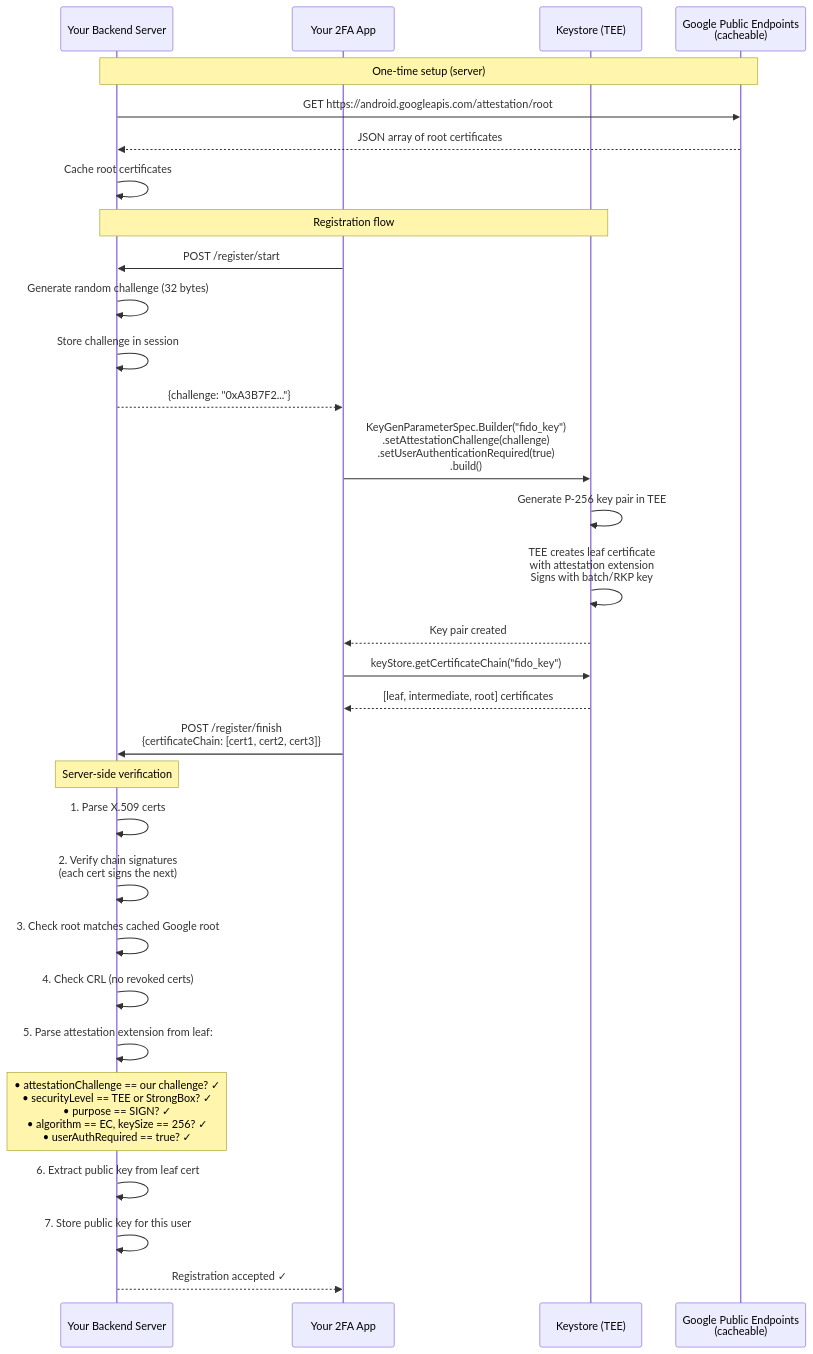
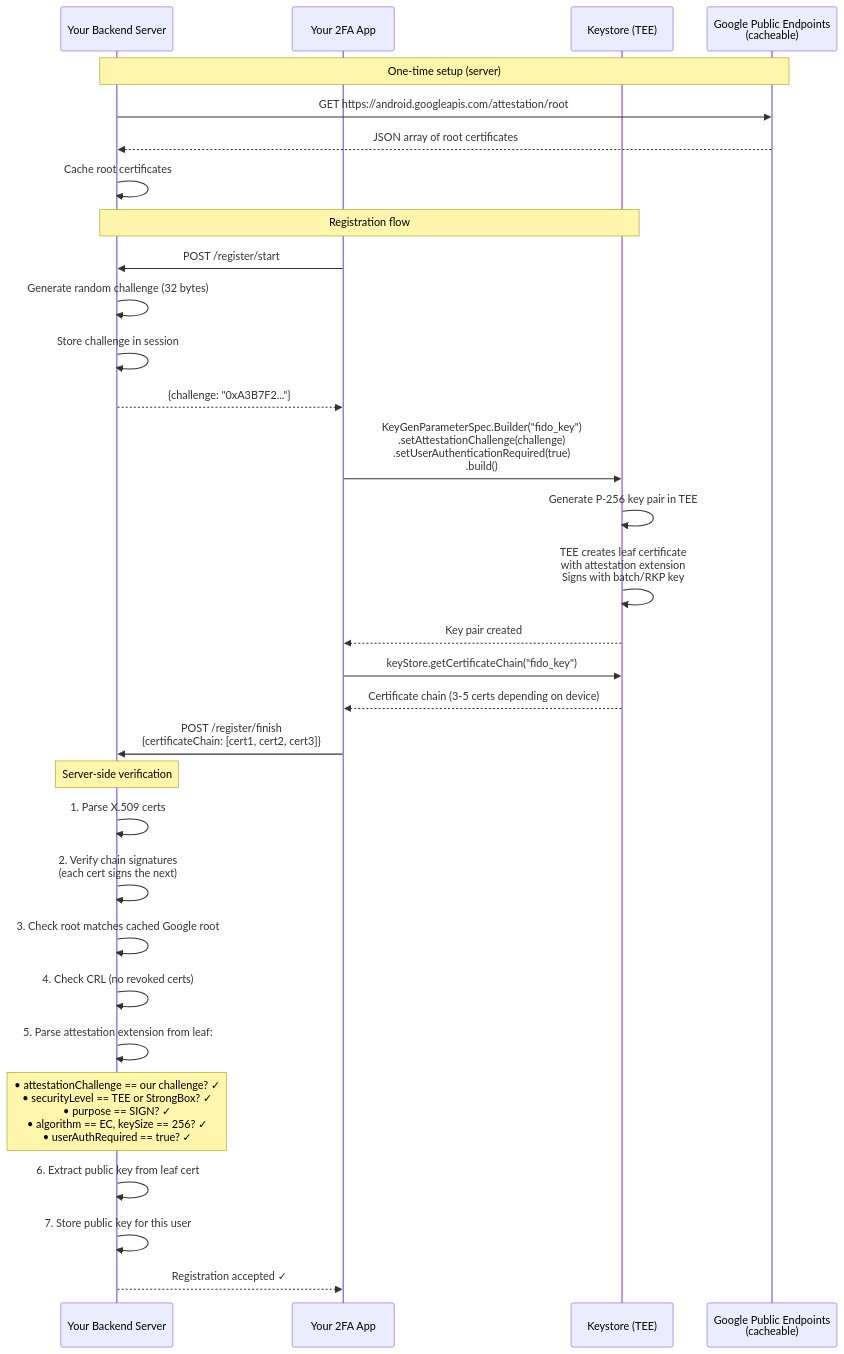
One commit to TorinKS/android-keystore changed the sixth of 7 diagrams in docs/KEY_ATTESTATION_CHAIN_AND_BACKENDS.md. Above: the diagram before and after it, drawn with Mermaid. The commit also changed other lines of this file and 6 other files, not shown here.

````diff
--- a/docs/KEY_ATTESTATION_CHAIN_AND_BACKENDS.md
+++ b/docs/KEY_ATTESTATION_CHAIN_AND_BACKENDS.md
@@ -213,42 +218,42 @@
 ```mermaid
 sequenceDiagram
     participant Server as Your Backend Server
     participant App as Your 2FA App
     participant KS as Keystore (TEE)
     participant Google as Google Public Endpoints<br/>(cacheable)
 
     Note over Server,Google: One-time setup (server)
     Server->>Google: GET https://android.googleapis.com/attestation/root
     Google-->>Server: JSON array of root certificates
     Server->>Server: Cache root certificates
 
     Note over Server,KS: Registration flow
 
     App->>Server: POST /register/start
     Server->>Server: Generate random challenge (32 bytes)
     Server->>Server: Store challenge in session
     Server-->>App: {challenge: "0xA3B7F2..."}
 
     App->>KS: KeyGenParameterSpec.Builder("fido_key")<br/>.setAttestationChallenge(challenge)<br/>.setUserAuthenticationRequired(true)<br/>.build()
     KS->>KS: Generate P-256 key pair in TEE
     KS->>KS: TEE creates leaf certificate<br/>with attestation extension<br/>Signs with batch/RKP key
     KS-->>App: Key pair created
 
     App->>KS: keyStore.getCertificateChain("fido_key")
-    KS-->>App: [leaf, intermediate, root] certificates
+    KS-->>App: Certificate chain (3-5 certs depending on device)
 
     App->>Server: POST /register/finish<br/>{certificateChain: [cert1, cert2, cert3]}
 
     Note over Server: Server-side verification
     Server->>Server: 1. Parse X.509 certs
     Server->>Server: 2. Verify chain signatures<br/>(each cert signs the next)
     Server->>Server: 3. Check root matches cached Google root
     Server->>Server: 4. Check CRL (no revoked certs)
     Server->>Server: 5. Parse attestation extension from leaf:
     Note over Server: • attestationChallenge == our challenge? ✓<br/>• securityLevel == TEE or StrongBox? ✓<br/>• purpose == SIGN? ✓<br/>• algorithm == EC, keySize == 256? ✓<br/>• userAuthRequired == true? ✓
 
     Server->>Server: 6. Extract public key from leaf cert
     Server->>Server: 7. Store public key for this user
 
     Server-->>App: Registration accepted ✓
 ```
````
